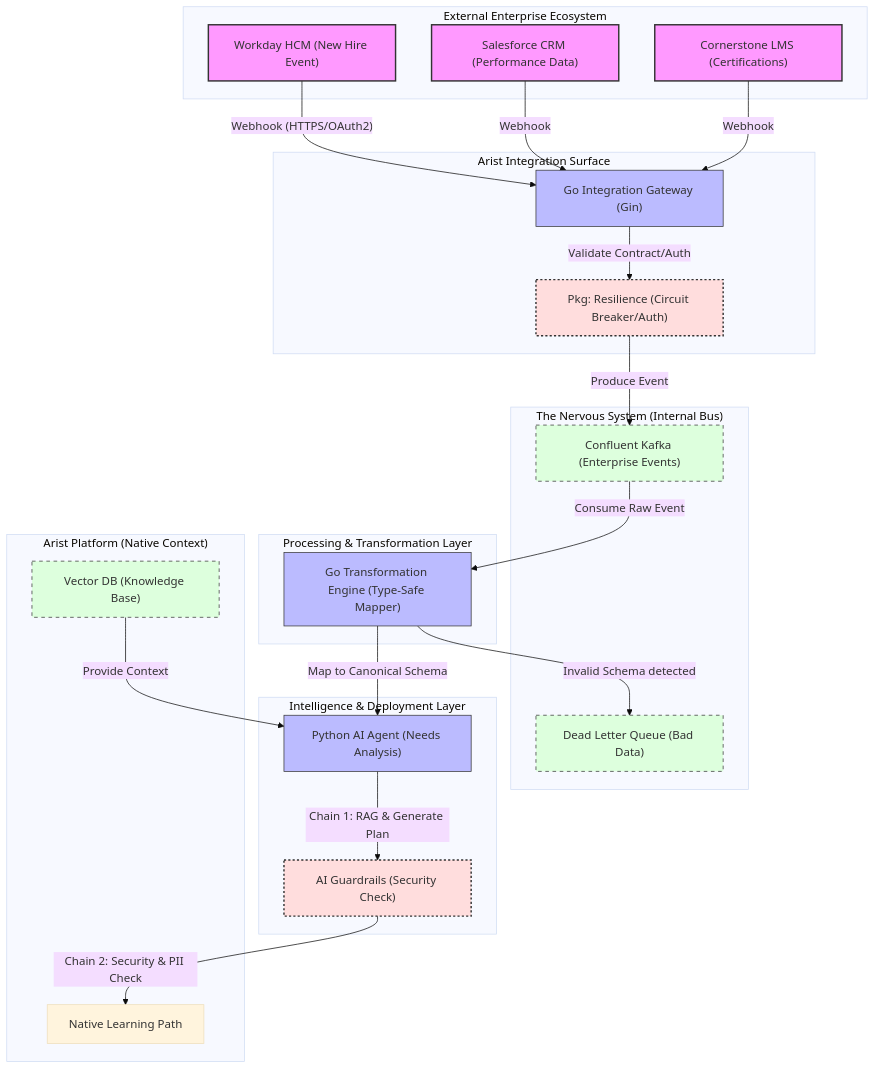
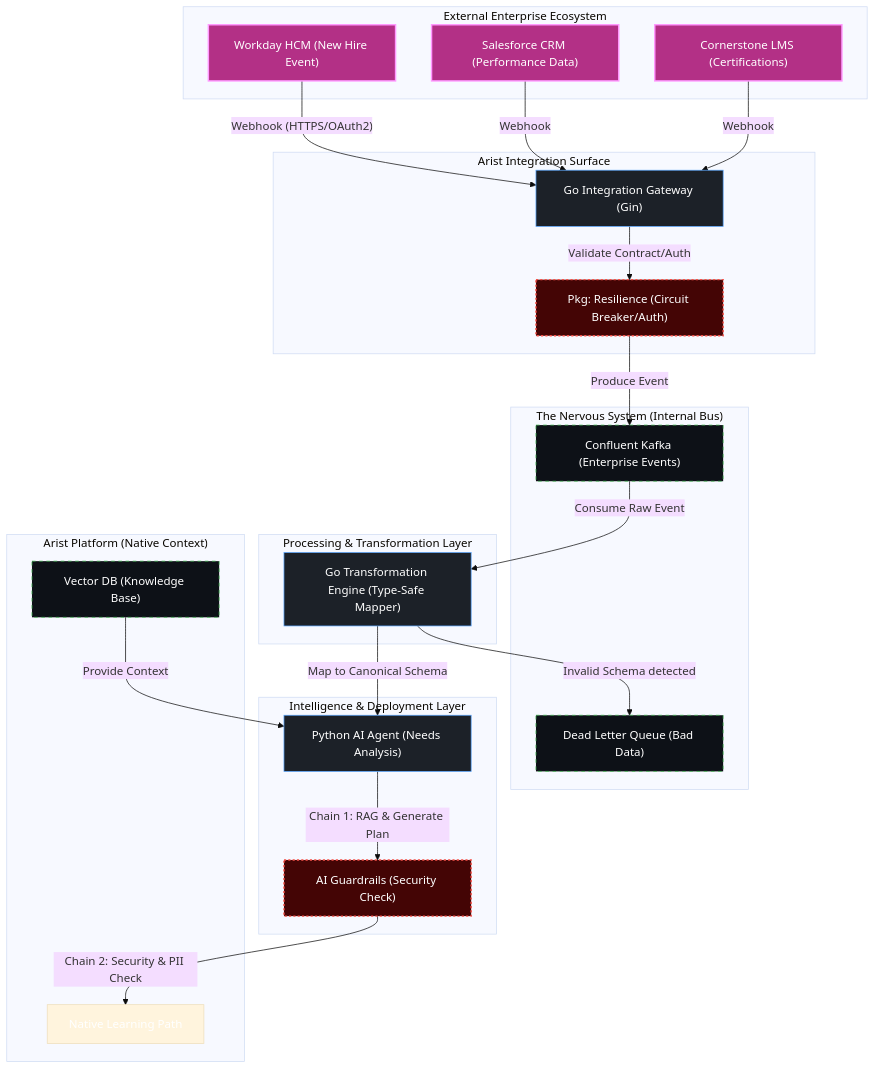
Before and after one commit to siralfbaez/enterprise-nervous-system-hcm-lms: the diagram in README.md, drawn with Mermaid (base theme).

Commit message:
style: force white font color for dark mode readability

````diff
--- a/README.md
+++ b/README.md
@@ -19,62 +19,76 @@
 ```mermaid
 
 graph TD
     %% Define Nodes with Quoted Strings to handle parentheses
     subgraph "External Enterprise Ecosystem"
         WD["Workday HCM (New Hire Event)"]
         SF["Salesforce CRM (Performance Data)"]
         LMS["Cornerstone LMS (Certifications)"]
     end
 
     subgraph "Arist Integration Surface"
         GW["Go Integration Gateway (Gin)"]
         Res["Pkg: Resilience (Circuit Breaker/Auth)"]
     end
 
     subgraph "The Nervous System (Internal Bus)"
         KF["Confluent Kafka (Enterprise Events)"]
         DLQ["Dead Letter Queue (Bad Data)"]
     end
 
     subgraph "Processing & Transformation Layer"
         TE["Go Transformation Engine (Type-Safe Mapper)"]
     end
 
     subgraph "Intelligence & Deployment Layer"
         AI["Python AI Agent (Needs Analysis)"]
         GR["AI Guardrails (Security Check)"]
     end
 
     subgraph "Arist Platform (Native Context)"
         LP["Native Learning Path"]
         DB["Vector DB (Knowledge Base)"]
     end
 
     %% Define Flow & Connections
     WD -- "Webhook (HTTPS/OAuth2)" --> GW
     SF -- "Webhook" --> GW
     LMS -- "Webhook" --> GW
 
     GW -- "Validate Contract/Auth" --> Res
     Res -- "Produce Event" --> KF
 
     KF -- "Consume Raw Event" --> TE
     TE -- "Map to Canonical Schema" --> AI
     TE -- "Invalid Schema detected" --> DLQ
 
     AI -- "Chain 1: RAG & Generate Plan" --> GR
     DB -- "Provide Context" --> AI
     GR -- "Chain 2: Security & PII Check" --> LP
 
-    %% Apply Basic Styling
-    classDef external fill:#f9f,stroke:#333,stroke-width:2px;
-    classDef internal fill:#bbf,stroke:#333,stroke-width:1px;
-    classDef persistence fill:#dfd,stroke:#333,stroke-width:1px,stroke-dasharray: 5 5;
-    classDef resilience fill:#fdd,stroke:#333,stroke-width:2px,stroke-dasharray: 3 3;
+   %% Apply High-Visibility White Styling
+    classDef external fill:#b33086,stroke:#f9f,stroke-width:2px,color:#fff;
+    classDef internal fill:#1c2128,stroke:#58a6ff,stroke-width:1px,color:#fff;
+    classDef persistence fill:#0d1117,stroke:#3fb950,stroke-width:1px,stroke-dasharray: 5 5,color:#fff;
+    classDef resilience fill:#440505,stroke:#f85149,stroke-width:2px,stroke-dasharray: 3 3,color:#fff;
 
     class WD,SF,LMS external;
     class GW,TE,AI internal;
     class KF,DLQ,DB persistence;
     class Res,GR resilience;
 
+    %% THE "HAMMER" - Force White Font for All Nodes
+    style WD color:#fff
+    style SF color:#fff
+    style LMS color:#fff
+    style GW color:#fff
+    style Res color:#fff
+    style KF color:#fff
+    style DLQ color:#fff
+    style TE color:#fff
+    style AI color:#fff
+    style GR color:#fff
+    style LP color:#fff
+    style DB color:#fff
+
 ```
````
